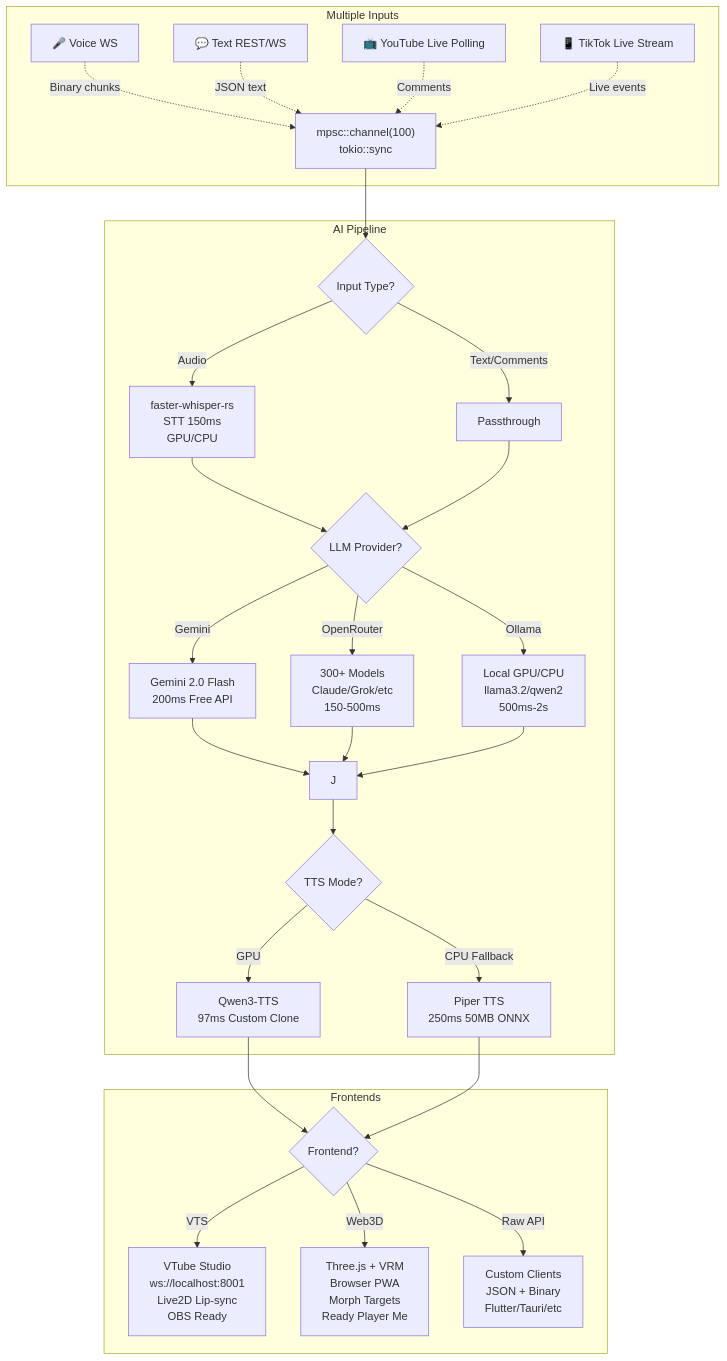
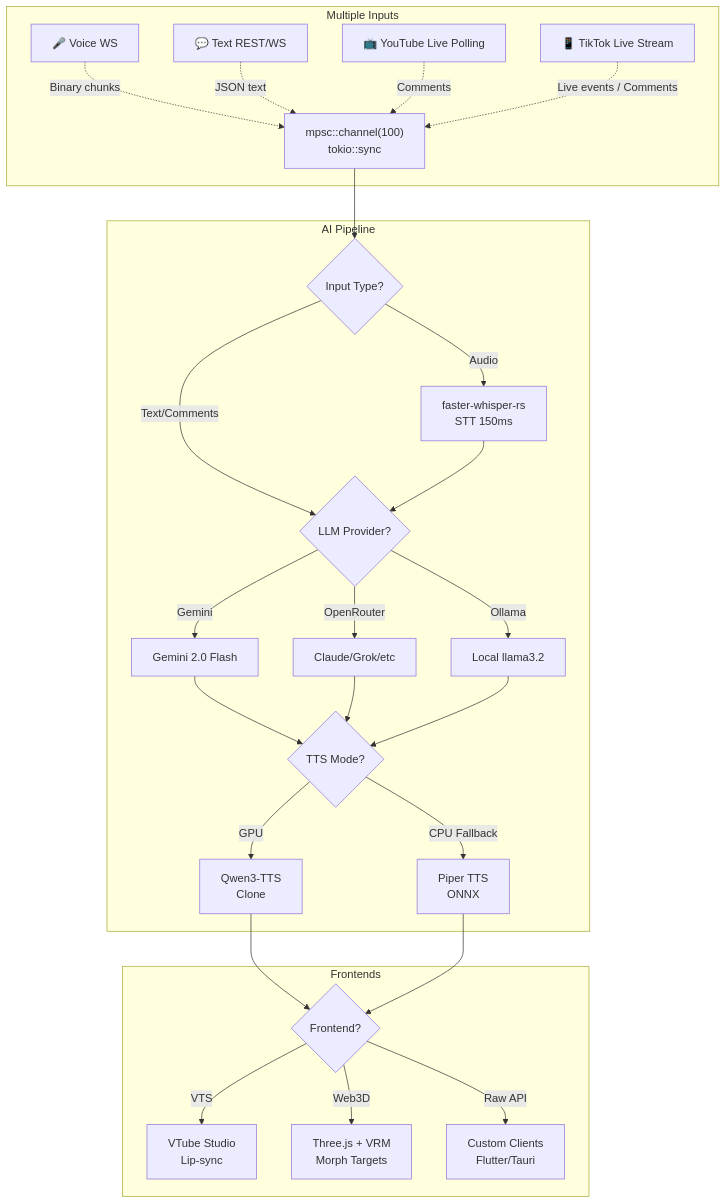
The diagram in README.md (Jonathan0823/VoxaLive), drawn with Mermaid before and after one commit.

Commit message:
docs: Refine diagram labels and paths in README
Updated diagram labels and paths for clarity in the README.

````diff
--- a/README.md
+++ b/README.md
@@ -51,46 +51,49 @@
 ```mermaid
 graph TB
     subgraph Inputs ["Multiple Inputs"]
         A[🎤 Voice WS] 
         B[💬 Text REST/WS]
         C[📺 YouTube Live Polling]
         D[📱 TikTok Live Stream]
         A -.->|"Binary chunks"| E
         B -.->|"JSON text"| E
         C -.->|"Comments"| E
-        D -.->|"Live events"| E
+        D -.->|"Live events / Comments"| E
     end
     
     E["mpsc::channel(100)<br/>tokio::sync"]
     
     subgraph Pipeline ["AI Pipeline"]
         E --> F{Input Type?}
-        F -->|Audio| G["faster-whisper-rs<br/>STT 150ms<br/>GPU/CPU"]
-        F -->|Text/Comments| H[Passthrough]
+        
+        %% Path for Audio
+        F -->|Audio| G["faster-whisper-rs<br/>STT 150ms"]
+        
+        %% Path for Text directly to Providers
+        F -->|Text/Comments| I
         G --> I{LLM Provider?}
-        H --> I
         
-        I -->|Gemini| Ig["Gemini 2.0 Flash<br/>200ms Free API"]
-        I -->|OpenRouter| Io["300+ Models<br/>Claude/Grok/etc<br/>150-500ms"]
-        I -->|Ollama| Il["Local GPU/CPU<br/>llama3.2/qwen2<br/>500ms-2s"]
+        I -->|Gemini| Ig["Gemini 2.0 Flash"]
+        I -->|OpenRouter| Io["Claude/Grok/etc"]
+        I -->|Ollama| Il["Local llama3.2"]
         
-        Ig --> J
-        Io --> J
-        Il --> J
+        %% Immediate transition to TTS Mode
+        Ig --> K
+        Io --> K
+        Il --> K
         
-        J --> K{TTS Mode?}
-        K -->|GPU| Kg["Qwen3-TTS<br/>97ms Custom Clone"]
-        K -->|CPU Fallback| Kc["Piper TTS<br/>250ms 50MB ONNX"]
+        K{TTS Mode?}
+        K -->|GPU| Kg["Qwen3-TTS<br/>Clone"]
+        K -->|CPU Fallback| Kc["Piper TTS<br/>ONNX"]
     end
     
     Kg --> L
     Kc --> L
     
     subgraph Frontends ["Frontends"]
         L{Frontend?}
-        L -->|VTS| M["VTube Studio<br/>ws://localhost:8001<br/>Live2D Lip-sync<br/>OBS Ready"]
-        L -->|Web3D| N["Three.js + VRM<br/>Browser PWA<br/>Morph Targets<br/>Ready Player Me"]
-        L -->|Raw API| O["Custom Clients<br/>JSON + Binary<br/>Flutter/Tauri/etc"]
+        L -->|VTS| M["VTube Studio<br/>Lip-sync"]
+        L -->|Web3D| N["Three.js + VRM<br/>Morph Targets"]
+        L -->|Raw API| O["Custom Clients<br/>Flutter/Tauri"]
     end
-
 ```
````
